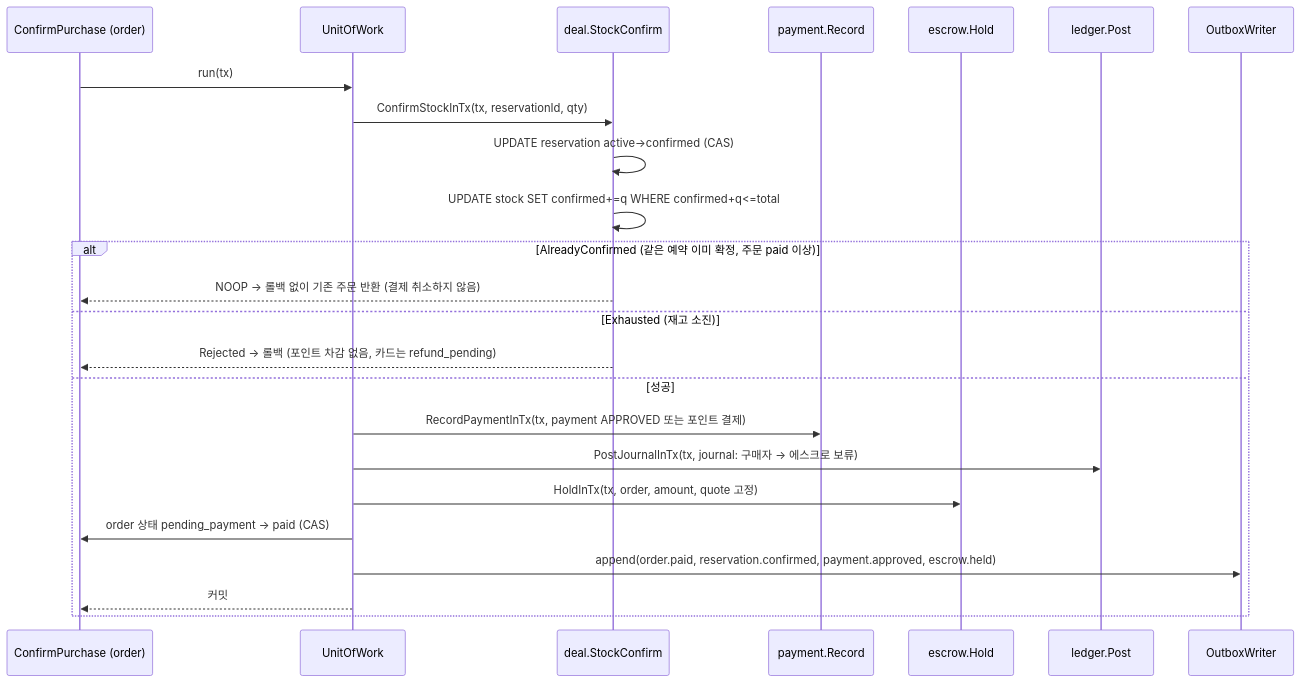
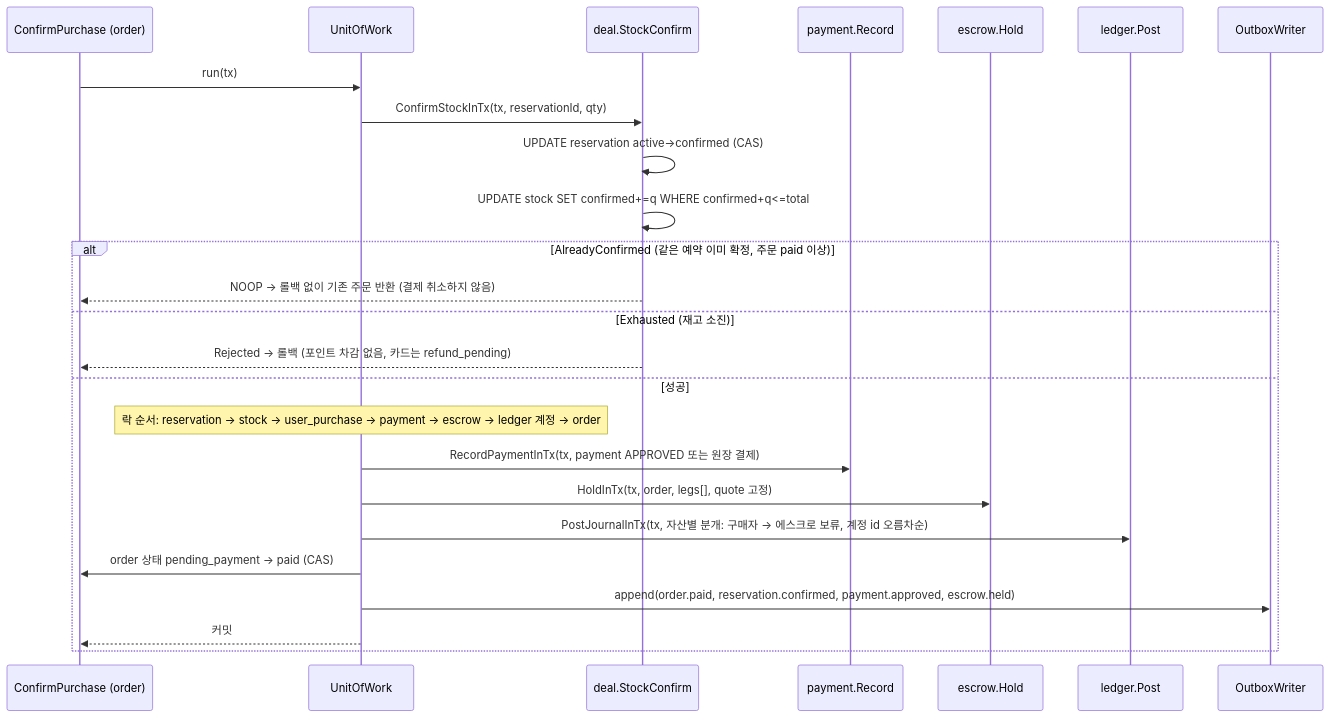
The eighth of 26 diagrams in docs/design/phases/02-commerce.md (1985jwlee/portpolio_backend), drawn with Mermaid before and after one commit. The commit also changed other lines of this file and 50 other files, not shown here.

````diff
--- a/docs/design/phases/02-commerce.md
+++ b/docs/design/phases/02-commerce.md
@@ -372,26 +371,27 @@
 ```mermaid
 sequenceDiagram
     participant A as ConfirmPurchase (order)
     participant U as UnitOfWork
     participant S as deal.StockConfirm
     participant P as payment.Record
     participant E as escrow.Hold
     participant L as ledger.Post
     participant O as OutboxWriter
     A->>U: run(tx)
     U->>S: ConfirmStockInTx(tx, reservationId, qty)
     S->>S: UPDATE reservation active→confirmed (CAS)
     S->>S: UPDATE stock SET confirmed+=q WHERE confirmed+q<=total
     alt AlreadyConfirmed (같은 예약 이미 확정, 주문 paid 이상)
         S-->>A: NOOP → 롤백 없이 기존 주문 반환 (결제 취소하지 않음)
     else Exhausted (재고 소진)
         S-->>A: Rejected → 롤백 (포인트 차감 없음, 카드는 refund_pending)
     else 성공
-        U->>P: RecordPaymentInTx(tx, payment APPROVED 또는 포인트 결제)
-        U->>L: PostJournalInTx(tx, journal: 구매자 → 에스크로 보류)
-        U->>E: HoldInTx(tx, order, amount, quote 고정)
+        Note over U: 락 순서: reservation → stock → user_purchase → payment → escrow → ledger 계정 → order
+        U->>P: RecordPaymentInTx(tx, payment APPROVED 또는 원장 결제)
+        U->>E: HoldInTx(tx, order, legs[], quote 고정)
+        U->>L: PostJournalInTx(tx, 자산별 분개: 구매자 → 에스크로 보류, 계정 id 오름차순)
         U->>A: order 상태 pending_payment → paid (CAS)
         U->>O: append(order.paid, reservation.confirmed, payment.approved, escrow.held)
         U-->>A: 커밋
     end
 ```
````
